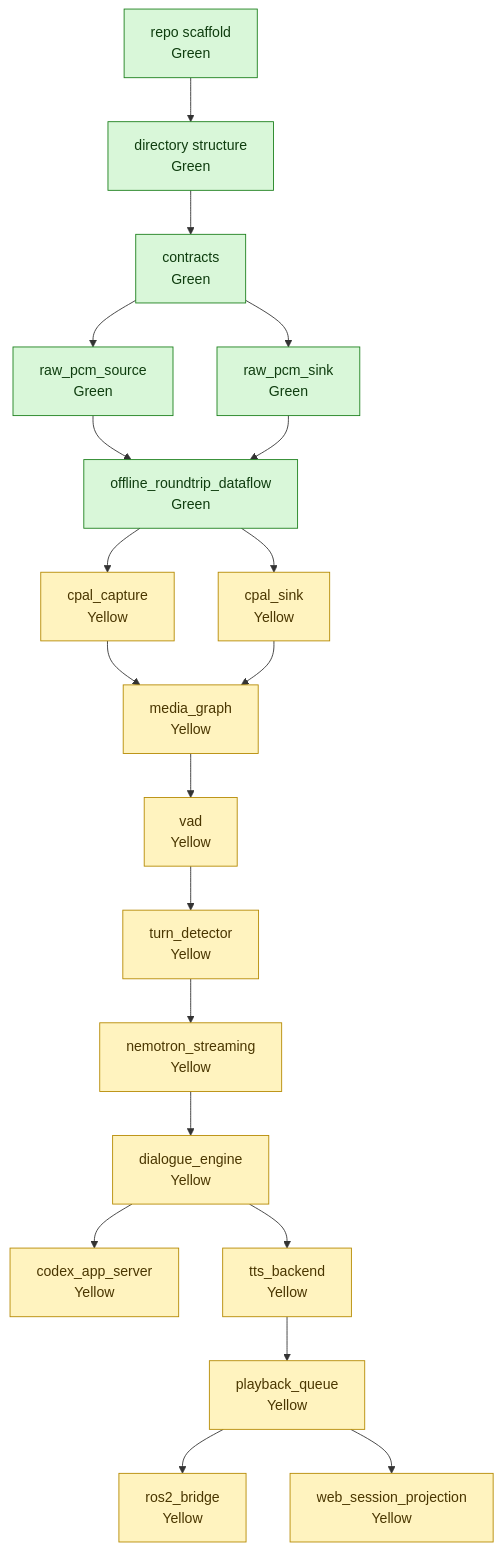
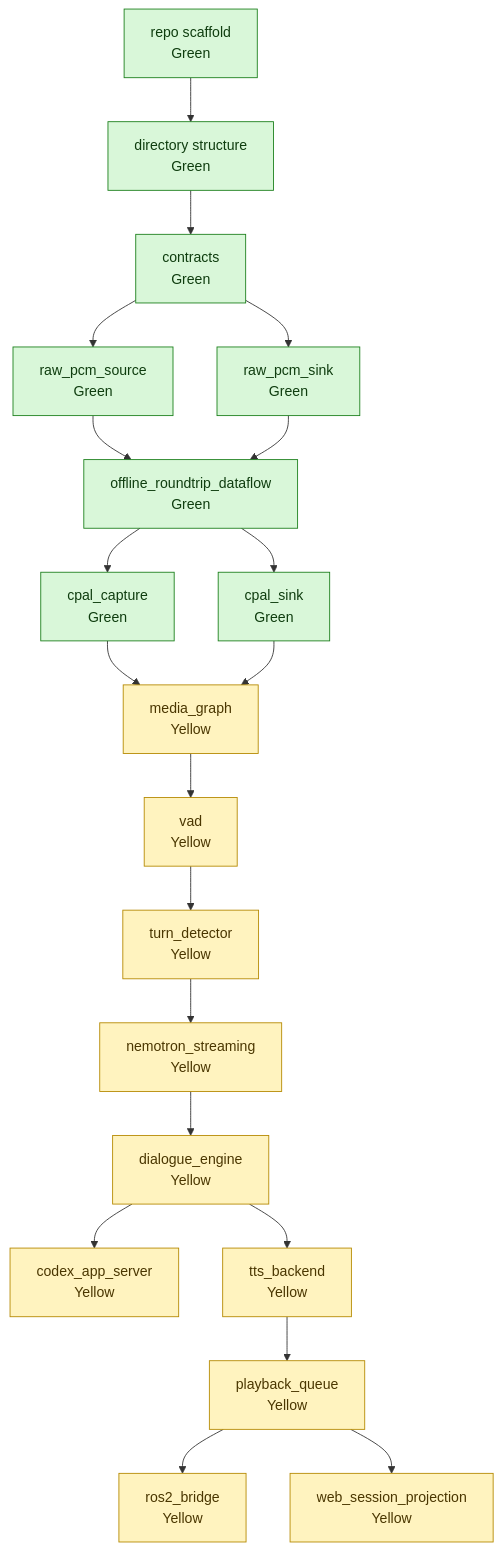
The diagram in docs/architecture/build-plan.md (Escenda/fluent-audio), drawn with Mermaid before and after one commit. The commit also changed other lines of this file and 16 other files, not shown here.

````diff
--- a/docs/architecture/build-plan.md
+++ b/docs/architecture/build-plan.md
@@ -15,47 +15,47 @@
 ```mermaid
 flowchart TD
     repo_scaffold["repo scaffold<br>Green"]
     directory_structure["directory structure<br>Green"]
     contracts["contracts<br>Green"]
     raw_pcm_source["raw_pcm_source<br>Green"]
     raw_pcm_sink["raw_pcm_sink<br>Green"]
     offline_roundtrip_dataflow["offline_roundtrip_dataflow<br>Green"]
-    cpal_capture["cpal_capture<br>Yellow"]
-    cpal_sink["cpal_sink<br>Yellow"]
+    cpal_capture["cpal_capture<br>Green"]
+    cpal_sink["cpal_sink<br>Green"]
     media_graph["media_graph<br>Yellow"]
     vad["vad<br>Yellow"]
     turn_detector["turn_detector<br>Yellow"]
     nemotron_streaming["nemotron_streaming<br>Yellow"]
     dialogue_engine["dialogue_engine<br>Yellow"]
     codex_app_server["codex_app_server<br>Yellow"]
     tts_backend["tts_backend<br>Yellow"]
     playback_queue["playback_queue<br>Yellow"]
     ros2_bridge["ros2_bridge<br>Yellow"]
     web_session_projection["web_session_projection<br>Yellow"]
 
     repo_scaffold --> directory_structure
     directory_structure --> contracts
     contracts --> raw_pcm_source
     contracts --> raw_pcm_sink
     raw_pcm_source --> offline_roundtrip_dataflow
     raw_pcm_sink --> offline_roundtrip_dataflow
     offline_roundtrip_dataflow --> cpal_capture
     offline_roundtrip_dataflow --> cpal_sink
     cpal_capture --> media_graph
     cpal_sink --> media_graph
     media_graph --> vad
     vad --> turn_detector
     turn_detector --> nemotron_streaming
     nemotron_streaming --> dialogue_engine
     dialogue_engine --> codex_app_server
     dialogue_engine --> tts_backend
     tts_backend --> playback_queue
     playback_queue --> ros2_bridge
     playback_queue --> web_session_projection
 
     classDef verified fill:#d9f7d9,stroke:#1b7f1b,color:#0f3d0f;
     classDef scaffold fill:#fff3bf,stroke:#b58900,color:#4a3600;
     classDef missing fill:#ffd6d6,stroke:#b00020,color:#4a0000;
-    class repo_scaffold,directory_structure,contracts,raw_pcm_source,raw_pcm_sink,offline_roundtrip_dataflow verified;
-    class cpal_capture,cpal_sink,media_graph,vad,turn_detector,nemotron_streaming,dialogue_engine,codex_app_server,tts_backend,playback_queue,ros2_bridge,web_session_projection scaffold;
+    class repo_scaffold,directory_structure,contracts,raw_pcm_source,raw_pcm_sink,offline_roundtrip_dataflow,cpal_capture,cpal_sink verified;
+    class media_graph,vad,turn_detector,nemotron_streaming,dialogue_engine,codex_app_server,tts_backend,playback_queue,ros2_bridge,web_session_projection scaffold;
 ```
````
